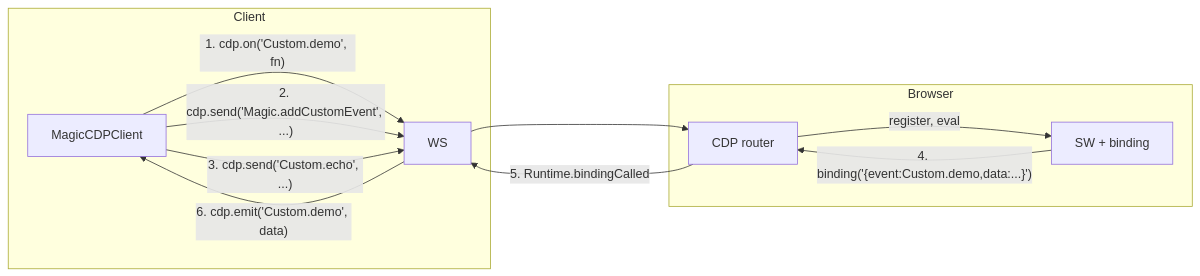
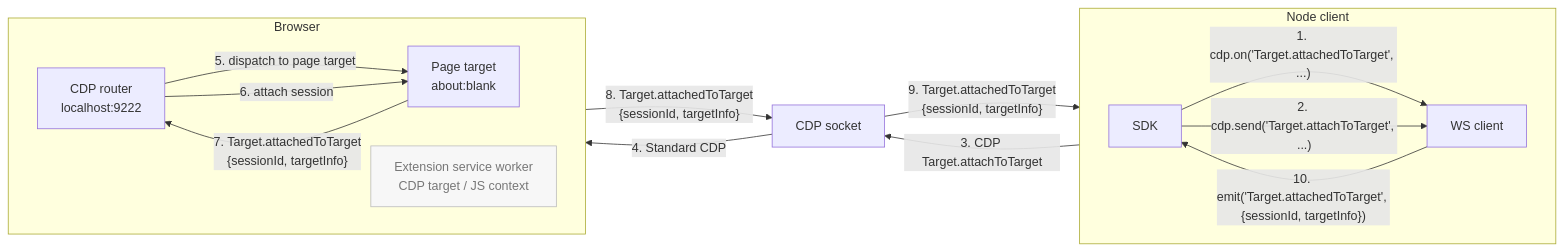
The second of 4 diagrams in README.md (pirate/chrome-cdp-extension-bridge), drawn with Mermaid before and after one commit. The commit also changed other lines of this file, not shown here.

Commit message:
README: restore the 4 original wire diagrams under the <details> section

````diff
--- a/README.md
+++ b/README.md
@@ -177,19 +185,31 @@
 ```mermaid
 flowchart LR
-  subgraph Node["Client"]
-    SDK["MagicCDPClient"]
-    WS["WS"]
-    SDK -->|"1. cdp.on('Custom.demo', fn)"| WS
-    SDK -->|"2. cdp.send('Magic.addCustomEvent', ...)"| WS
-    SDK -->|"3. cdp.send('Custom.echo', ...)"| WS
+  subgraph Node["Node client"]
+    direction LR
+    SDK["SDK"]
+    WS["WS client"]
+    SDK -->|"1. cdp.on('Target.attachedToTarget', ...)"| WS
+    SDK -->|"2. cdp.send('Target.attachToTarget', ...)"| WS
   end
-  subgraph Browser
-    CDP["CDP router"]
-    SW["SW + binding"]
-    CDP -->|"register, eval"| SW
+
+  subgraph Browser["Browser"]
+    direction LR
+    CDP["CDP router<br/>localhost:9222"]
+    SW["Extension service worker<br/>CDP target / JS context"]
+    Page["Page target<br/>about:blank"]
+    CDP -->|"5. dispatch to page target"| Page
   end
-  WS --> CDP
-  SW -->|"4. binding('{event:Custom.demo,data:...}')"| CDP
-  CDP -->|"5. Runtime.bindingCalled"| WS
-  WS -->|"6. cdp.emit('Custom.demo', data)"| SDK
+
+  Socket["CDP socket"]
+
+  WS -->|"3. CDP Target.attachToTarget"| Socket
+  Socket -->|"4. Standard CDP"| CDP
+  CDP -->|"6. attach session"| Page
+  Page -->|"7. Target.attachedToTarget<br/>{sessionId, targetInfo}"| CDP
+  CDP -->|"8. Target.attachedToTarget<br/>{sessionId, targetInfo}"| Socket
+  Socket -->|"9. Target.attachedToTarget<br/>{sessionId, targetInfo}"| WS
+  WS -->|"10. emit('Target.attachedToTarget', {sessionId, targetInfo})"| SDK
+
+  classDef idle fill:#f7f7f7,stroke:#bbb,color:#777;
+  class SW idle;
 ```
````
